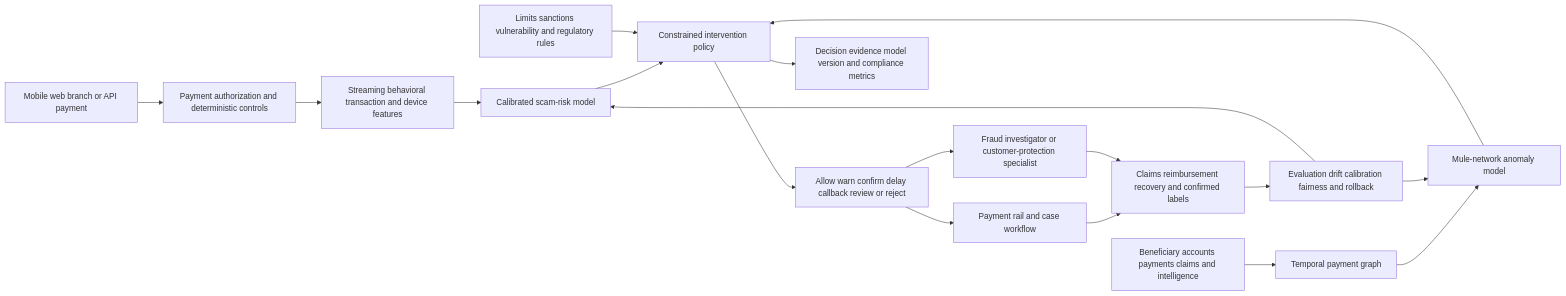
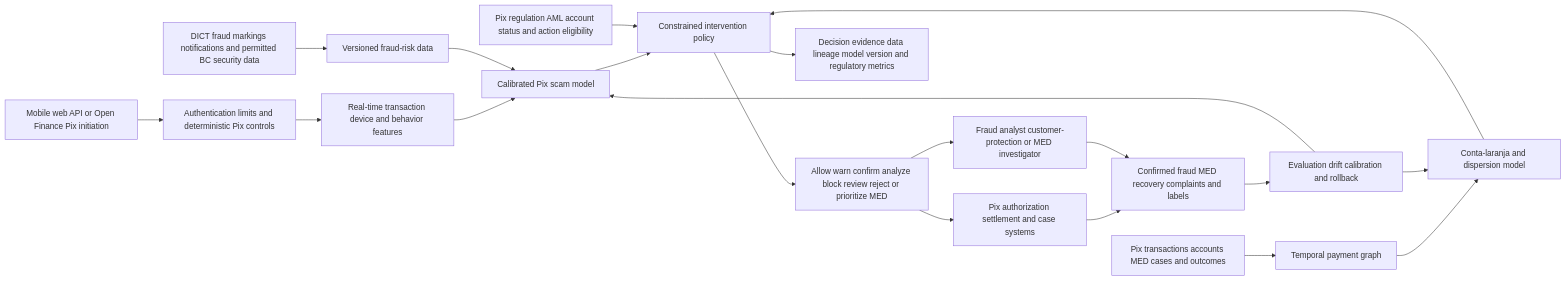
The second of 2 diagrams in docs/opportunities/segments/financial-services/FIN-001-app-scam-intervention.md (wildersa/azure_ref_kit), drawn with Mermaid before and after one commit. The commit also changed other lines of this file, not shown here.

Commit message:
docs: localize FIN-001 to Brazil Pix fraud controls

````diff
--- a/docs/opportunities/segments/financial-services/FIN-001-app-scam-intervention.md
+++ b/docs/opportunities/segments/financial-services/FIN-001-app-scam-intervention.md
@@ -80,20 +101,22 @@
 ```mermaid
 flowchart LR
-  Channel[Mobile web branch or API payment] --> Gateway[Payment authorization and deterministic controls]
-  Gateway --> Features[Streaming behavioral transaction and device features]
-  Network[Beneficiary accounts payments claims and intelligence] --> Graph[Temporal payment graph]
-  Features --> Scam[Calibrated scam-risk model]
-  Graph --> Mule[Mule-network anomaly model]
+  Channel[Mobile web API or Open Finance Pix initiation] --> Gateway[Authentication limits and deterministic Pix controls]
+  Gateway --> Stream[Real-time transaction device and behavior features]
+  BCB[DICT fraud markings notifications and permitted BC security data] --> RiskData[Versioned fraud-risk data]
+  Stream --> Scam[Calibrated Pix scam model]
+  RiskData --> Scam
+  Network[Pix transactions accounts MED cases and outcomes] --> Graph[Temporal payment graph]
+  Graph --> Mule[Conta-laranja and dispersion model]
   Scam --> Policy[Constrained intervention policy]
   Mule --> Policy
-  Rules[Limits sanctions vulnerability and regulatory rules] --> Policy
-  Policy --> Action[Allow warn confirm delay callback review or reject]
-  Action --> Payment[Payment rail and case workflow]
-  Action --> Human[Fraud investigator or customer-protection specialist]
-  Payment --> Outcomes[Claims reimbursement recovery and confirmed labels]
+  Rules[Pix regulation AML account status and action eligibility] --> Policy
+  Policy --> Action[Allow warn confirm analyze block review reject or prioritize MED]
+  Action --> Rail[Pix authorization settlement and case systems]
+  Action --> Human[Fraud analyst customer-protection or MED investigator]
+  Rail --> Outcomes[Confirmed fraud MED recovery complaints and labels]
   Human --> Outcomes
-  Outcomes --> Eval[Evaluation drift calibration fairness and rollback]
+  Outcomes --> Eval[Evaluation drift calibration and rollback]
   Eval --> Scam
   Eval --> Mule
-  Policy --> Audit[Decision evidence model version and compliance metrics]
+  Policy --> Audit[Decision evidence data lineage model version and regulatory metrics]
 ```
````
